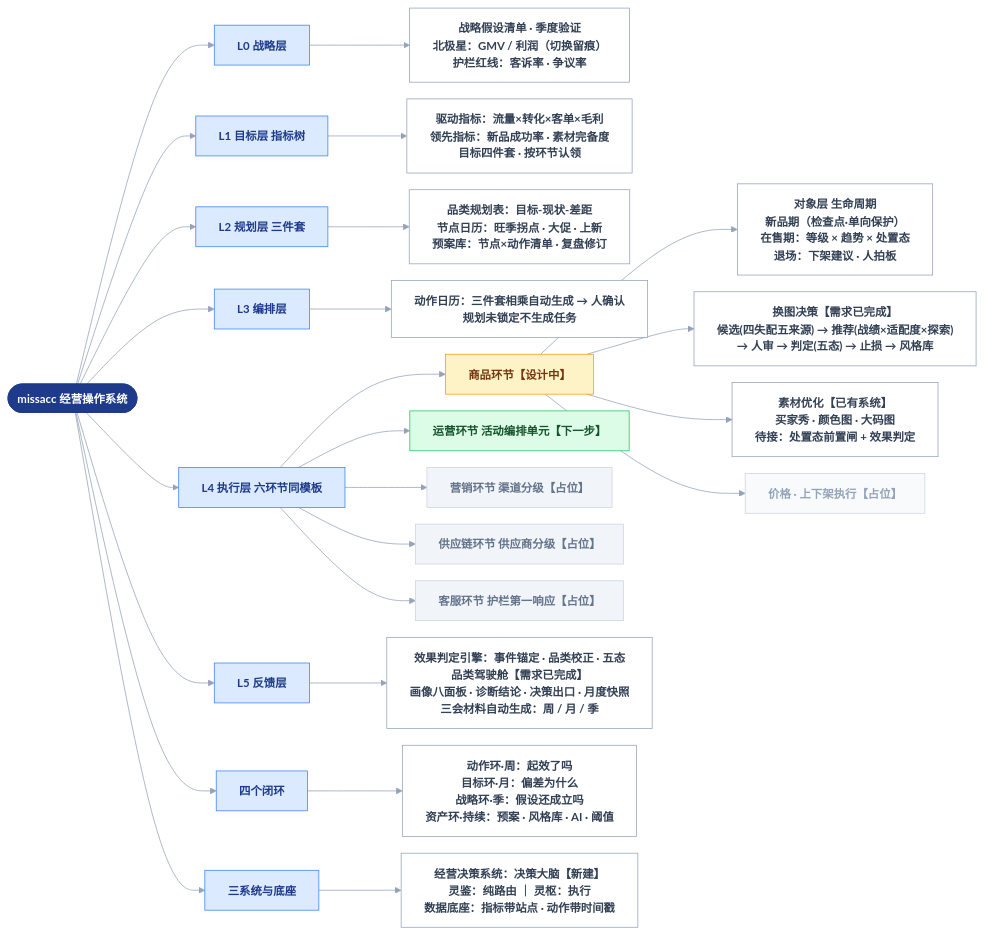
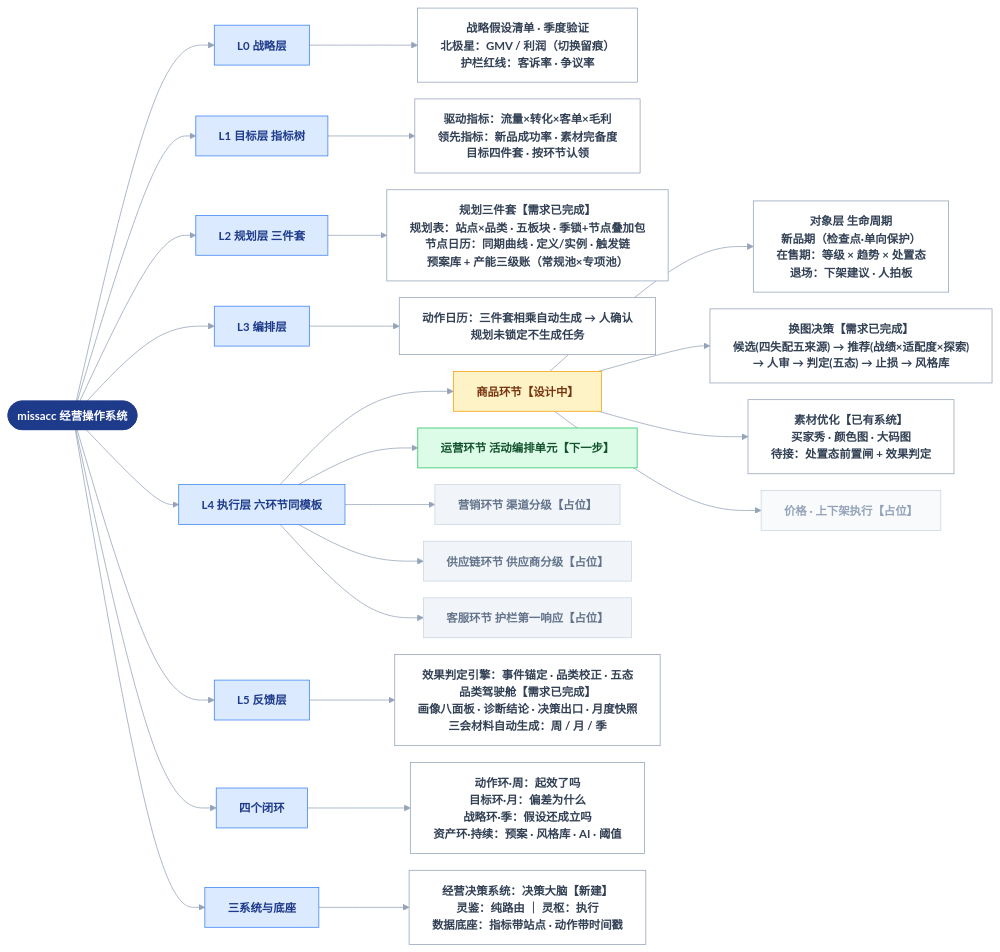
The diagram in docs/系统结构总览.md (devlee/ma), drawn with Mermaid before and after one commit. The commit also changed other lines of this file and 2 other files, not shown here.

Commit message:
docs: 规划三件套需求——规划表五板块、节点日历触发链、预案库、产能三级账；同步驾驶舱站点口径与总览对象树

````diff
--- a/docs/系统结构总览.md
+++ b/docs/系统结构总览.md
@@ -10,69 +10,70 @@
 ```mermaid
 %%{init: {"theme": "base", "themeVariables": {"fontSize": "15px", "primaryColor": "#f5f7fa", "primaryBorderColor": "#94a3b8", "primaryTextColor": "#1e293b", "lineColor": "#94a3b8"}, "flowchart": {"wrappingWidth": 480, "nodeSpacing": 22, "rankSpacing": 55, "curve": "basis"}}}%%
 flowchart LR
   ROOT(["missacc 经营操作系统"]):::root
 
   ROOT --> L0["L0 战略层"]:::layer
   ROOT --> L1["L1 目标层 指标树"]:::layer
   ROOT --> L2["L2 规划层 三件套"]:::layer
   ROOT --> L3["L3 编排层"]:::layer
   ROOT --> L4["L4 执行层 六环节同模板"]:::layer
   ROOT --> L5["L5 反馈层"]:::layer
   ROOT --> LOOP["四个闭环"]:::layer
   ROOT --> SYS["三系统与底座"]:::layer
 
   L0 --> L0C["战略假设清单 · 季度验证
 北极星：GMV / 利润（切换留痕）
 护栏红线：客诉率 · 争议率"]:::leaf
 
   L1 --> L1C["驱动指标：流量×转化×客单×毛利
 领先指标：新品成功率 · 素材完备度
 目标四件套 · 按环节认领"]:::leaf
 
-  L2 --> L2C["品类规划表：目标-现状-差距
-节点日历：旺季拐点 · 大促 · 上新
-预案库：节点×动作清单 · 复盘修订"]:::leaf
+  L2 --> L2C["规划三件套【需求已完成】
+规划表：站点×品类 · 五板块 · 季锁+节点叠加包
+节点日历：同期曲线 · 定义/实例 · 触发链
+预案库 + 产能三级账（常规池×专项池）"]:::leaf
 
   L3 --> L3C["动作日历：三件套相乘自动生成 → 人确认
 规划未锁定不生成任务"]:::leaf
 
   L4 --> GOODS["商品环节【设计中】"]:::hl
   L4 --> OPS["运营环节 活动编排单元【下一步】"]:::env
   L4 --> MKT["营销环节 渠道分级【占位】"]:::dim
   L4 --> SCM["供应链环节 供应商分级【占位】"]:::dim
   L4 --> CS["客服环节 护栏第一响应【占位】"]:::dim
 
   GOODS --> OBJ["对象层 生命周期
 新品期（检查点·单向保护）
 在售期：等级 × 趋势 × 处置态
 退场：下架建议 · 人拍板"]:::leaf
   GOODS --> SWAP["换图决策【需求已完成】
 候选(四失配五来源) → 推荐(战绩×适配度×探索)
 → 人审 → 判定(五态) → 止损 → 风格库"]:::leaf
   GOODS --> MAT["素材优化【已有系统】
 买家秀 · 颜色图 · 大码图
 待接：处置态前置闸 + 效果判定"]:::leaf
   GOODS --> MORE["价格 · 上下架执行【占位】"]:::dimleaf
 
   L5 --> L5C["效果判定引擎：事件锚定 · 品类校正 · 五态
 品类驾驶舱【需求已完成】
 画像八面板 · 诊断结论 · 决策出口 · 月度快照
 三会材料自动生成：周 / 月 / 季"]:::leaf
 
   LOOP --> LOOPC["动作环·周：起效了吗
 目标环·月：偏差为什么
 战略环·季：假设还成立吗
 资产环·持续：预案 · 风格库 · AI · 阈值"]:::leaf
 
   SYS --> SYSC["经营决策系统：决策大脑【新建】
 灵鉴：纯路由 ｜ 灵枢：执行
 数据底座：指标带站点 · 动作带时间戳"]:::leaf
 
   classDef root fill:#1e3a8a,stroke:#1e3a8a,color:#ffffff,font-weight:bold
   classDef layer fill:#dbeafe,stroke:#3b82f6,color:#1e3a8a,font-weight:bold
   classDef env fill:#dcfce7,stroke:#22c55e,color:#14532d
   classDef hl fill:#fef3c7,stroke:#f59e0b,color:#78350f,font-weight:bold
   classDef dim fill:#f1f5f9,stroke:#cbd5e1,color:#64748b
   classDef leaf fill:#ffffff,stroke:#94a3b8,color:#334155
   classDef dimleaf fill:#f8fafc,stroke:#cbd5e1,color:#94a3b8
 ```
````
